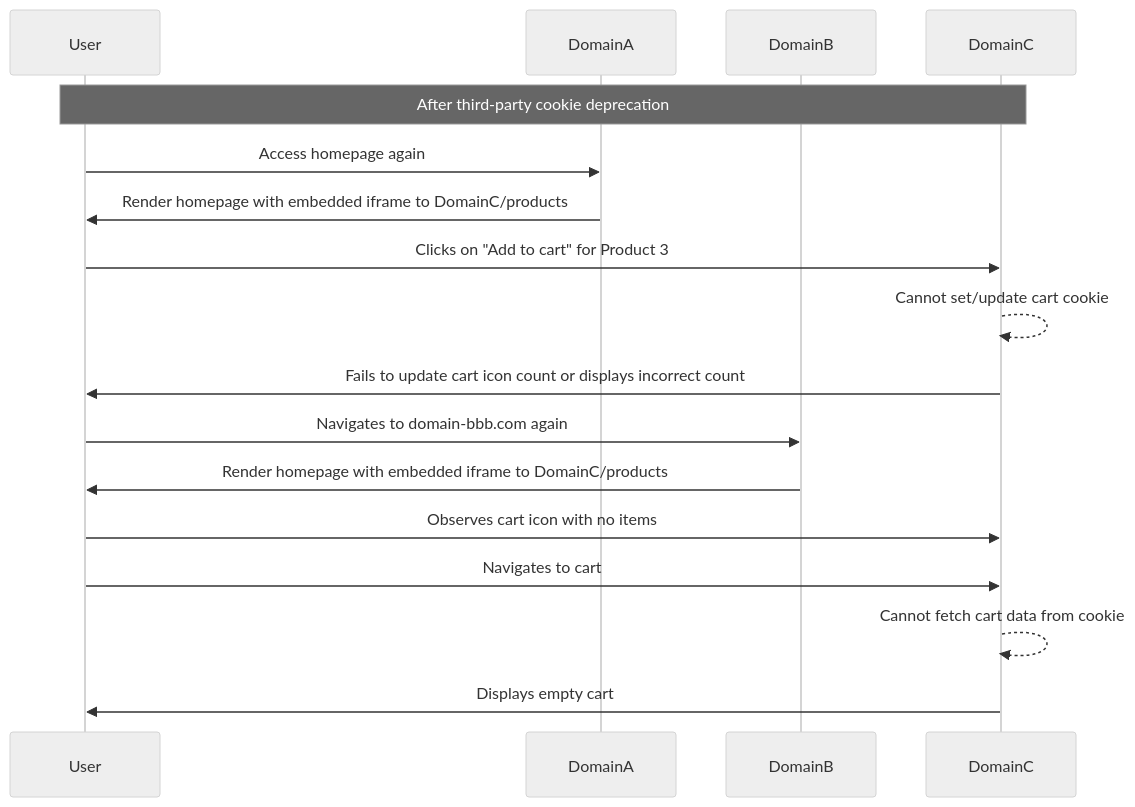
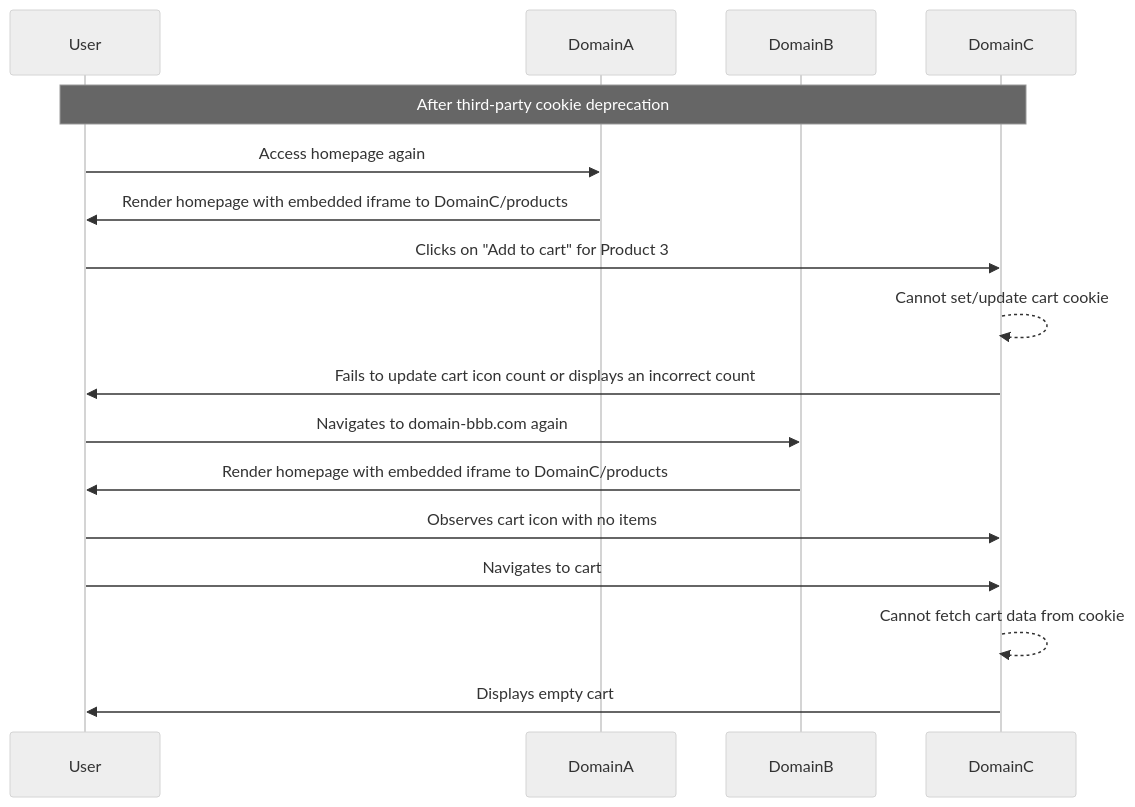
The third of 7 diagrams in D.-Analysis-Scenarios.md (rtCamp/ps-analysis-tool-wiki), drawn with Mermaid (neutral theme) before and after one commit. The commit also changed other lines of this file, not shown here.

````diff
--- a/D.-Analysis-Scenarios.md
+++ b/D.-Analysis-Scenarios.md
@@ -120,21 +120,21 @@
 ```mermaid
 sequenceDiagram
     participant User
     participant DomainA
     participant DomainB
     participant DomainC
 
     Note over User,DomainC: After third-party cookie deprecation
 
     User->>DomainA: Access homepage again
     DomainA->>User: Render homepage with embedded iframe to DomainC/products
     User->>DomainC: Clicks on "Add to cart" for Product 3
     DomainC-->>DomainC: Cannot set/update cart cookie
-    DomainC->>User: Fails to update cart icon count or displays incorrect count
+    DomainC->>User: Fails to update cart icon count or displays an incorrect count
     User->>DomainB: Navigates to domain-bbb.com again
     DomainB->>User: Render homepage with embedded iframe to DomainC/products
     User->>DomainC: Observes cart icon with no items
     User->>DomainC: Navigates to cart
     DomainC-->>DomainC: Cannot fetch cart data from cookie
     DomainC->>User: Displays empty cart
 ```
````
